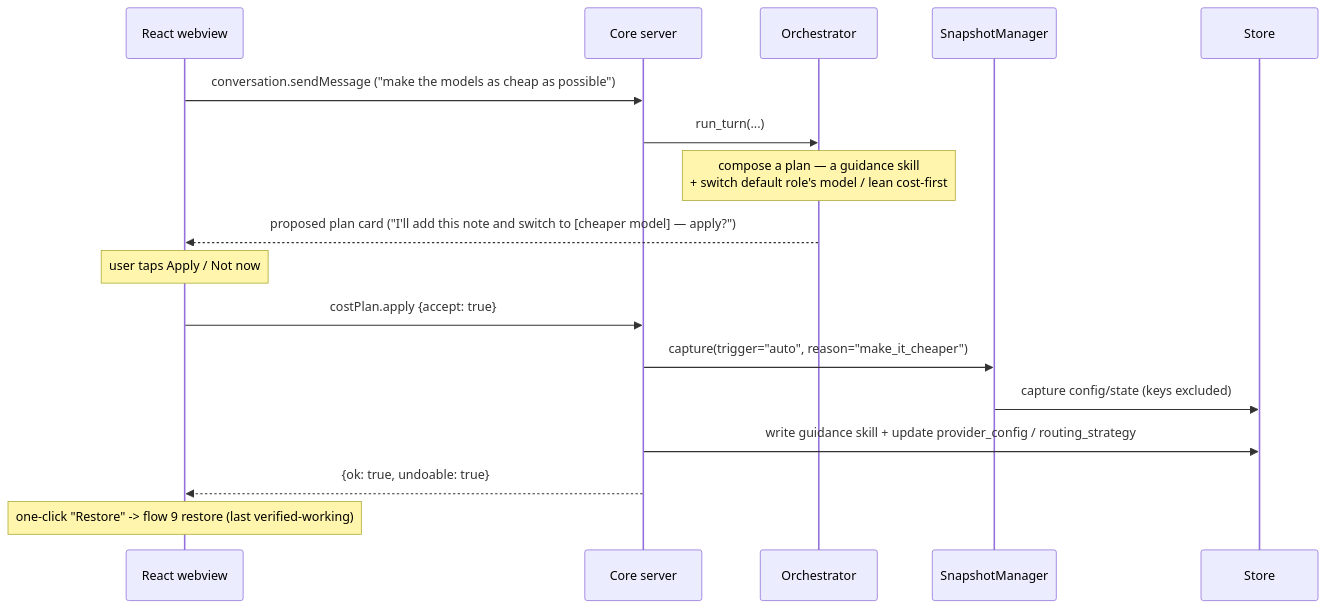
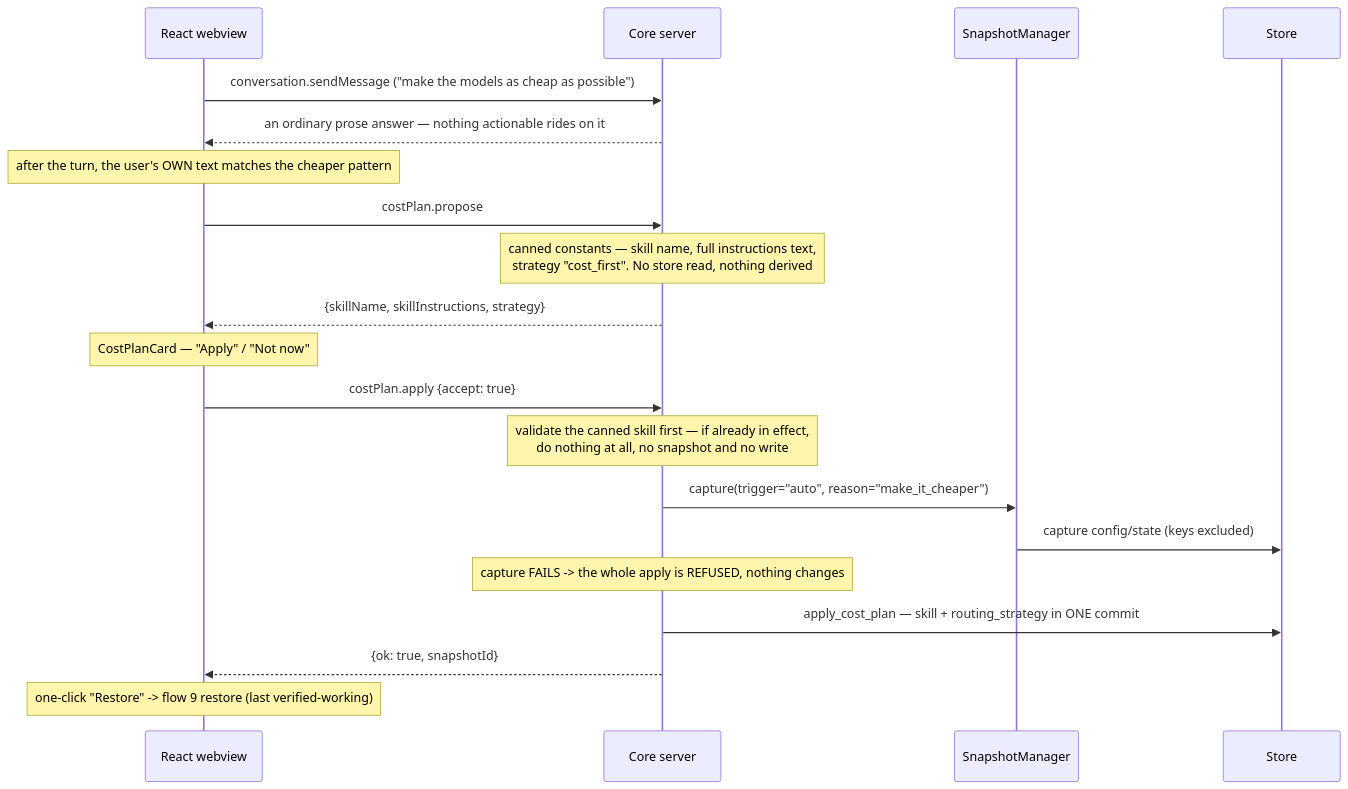
The tenth of 15 diagrams in docs/flows.md (N041M/Addison), drawn with Mermaid before and after one commit. The commit also changed other lines of this file and 17 other files, not shown here.

````diff
--- a/docs/flows.md
+++ b/docs/flows.md
@@ -372,20 +398,23 @@
 ```mermaid
 sequenceDiagram
     participant WV as React webview
     participant SRV as Core server
-    participant ORC as Orchestrator
     participant SM as SnapshotManager
     participant ST as Store
 
     WV->>SRV: conversation.sendMessage ("make the models as cheap as possible")
-    SRV->>ORC: run_turn(...)
-    Note over ORC: compose a plan — a guidance skill<br/>+ switch default role's model / lean cost-first
-    ORC-->>WV: proposed plan card ("I'll add this note and switch to [cheaper model] — apply?")
-    Note over WV: user taps Apply / Not now
+    SRV-->>WV: an ordinary prose answer — nothing actionable rides on it
+    Note over WV: after the turn, the user's OWN text matches the cheaper pattern
+    WV->>SRV: costPlan.propose
+    Note over SRV: canned constants — skill name, full instructions text,<br/>strategy "cost_first". No store read, nothing derived
+    SRV-->>WV: {skillName, skillInstructions, strategy}
+    Note over WV: CostPlanCard — "Apply" / "Not now"
     WV->>SRV: costPlan.apply {accept: true}
+    Note over SRV: validate the canned skill first — if already in effect,<br/>do nothing at all, no snapshot and no write
     SRV->>SM: capture(trigger="auto", reason="make_it_cheaper")
     SM->>ST: capture config/state (keys excluded)
-    SRV->>ST: write guidance skill + update provider_config / routing_strategy
-    SRV-->>WV: {ok: true, undoable: true}
+    Note over SRV: capture FAILS -> the whole apply is REFUSED, nothing changes
+    SRV->>ST: apply_cost_plan — skill + routing_strategy in ONE commit
+    SRV-->>WV: {ok: true, snapshotId}
     Note over WV: one-click "Restore" -> flow 9 restore (last verified-working)
 ```
````
